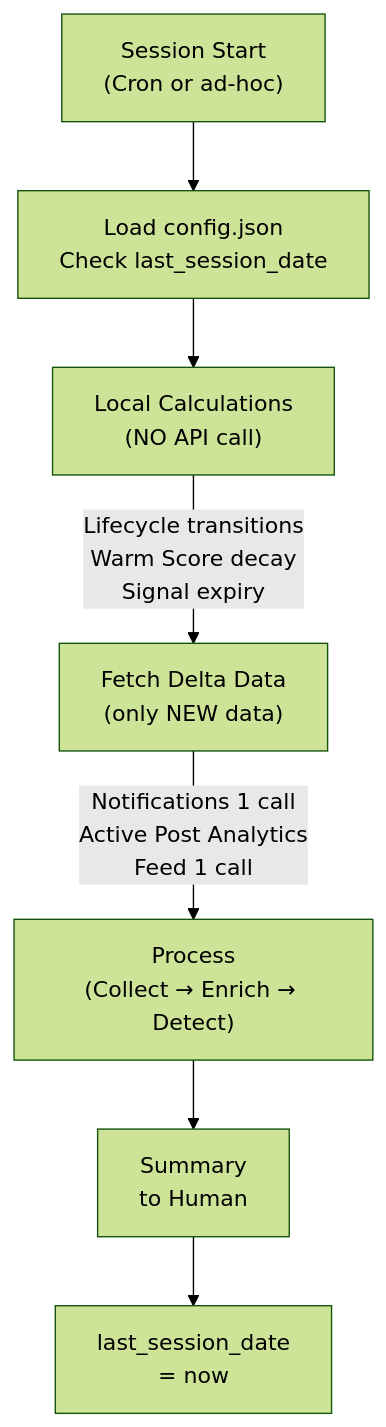
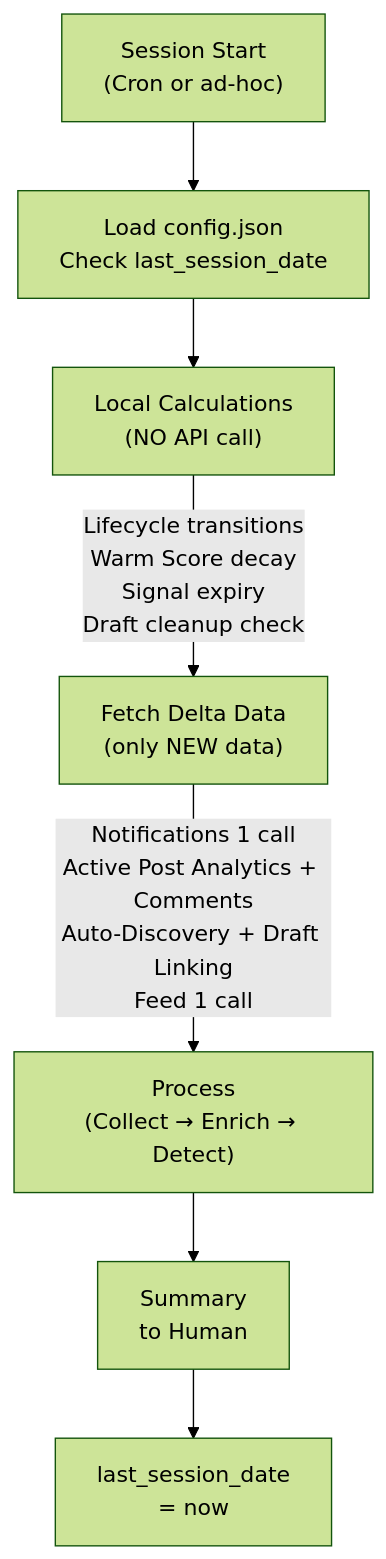
One commit to sabania/linkedin-cli changed the second of 8 diagrams in plugin/README.md. Above: the diagram before and after it, drawn with Mermaid (forest theme). The commit also changed other lines of this file, not shown here.

Commit message:
Enhance README with detailed lifecycle transitions, auto-discovery features, and updated data structures for improved clarity and functionality

````diff
--- a/plugin/README.md
+++ b/plugin/README.md
@@ -65,9 +65,9 @@
 ```mermaid
 graph TD
     START["Session Start<br/>(Cron or ad-hoc)"] --> LOAD["Load config.json<br/>Check last_session_date"]
     LOAD --> LOCAL["Local Calculations<br/>(NO API call)"]
-    LOCAL --> |"Lifecycle transitions<br/>Warm Score decay<br/>Signal expiry"| DELTA["Fetch Delta Data<br/>(only NEW data)"]
-    DELTA --> |"Notifications 1 call<br/>Active Post Analytics<br/>Feed 1 call"| PROCESS["Process<br/>(Collect → Enrich → Detect)"]
+    LOCAL --> |"Lifecycle transitions<br/>Warm Score decay<br/>Signal expiry<br/>Draft cleanup check"| DELTA["Fetch Delta Data<br/>(only NEW data)"]
+    DELTA --> |"Notifications 1 call<br/>Active Post Analytics + Comments<br/>Auto-Discovery + Draft Linking<br/>Feed 1 call"| PROCESS["Process<br/>(Collect → Enrich → Detect)"]
     PROCESS --> SUMMARY["Summary<br/>to Human"]
     SUMMARY --> UPDATE["last_session_date<br/>= now"]
 ```
````
